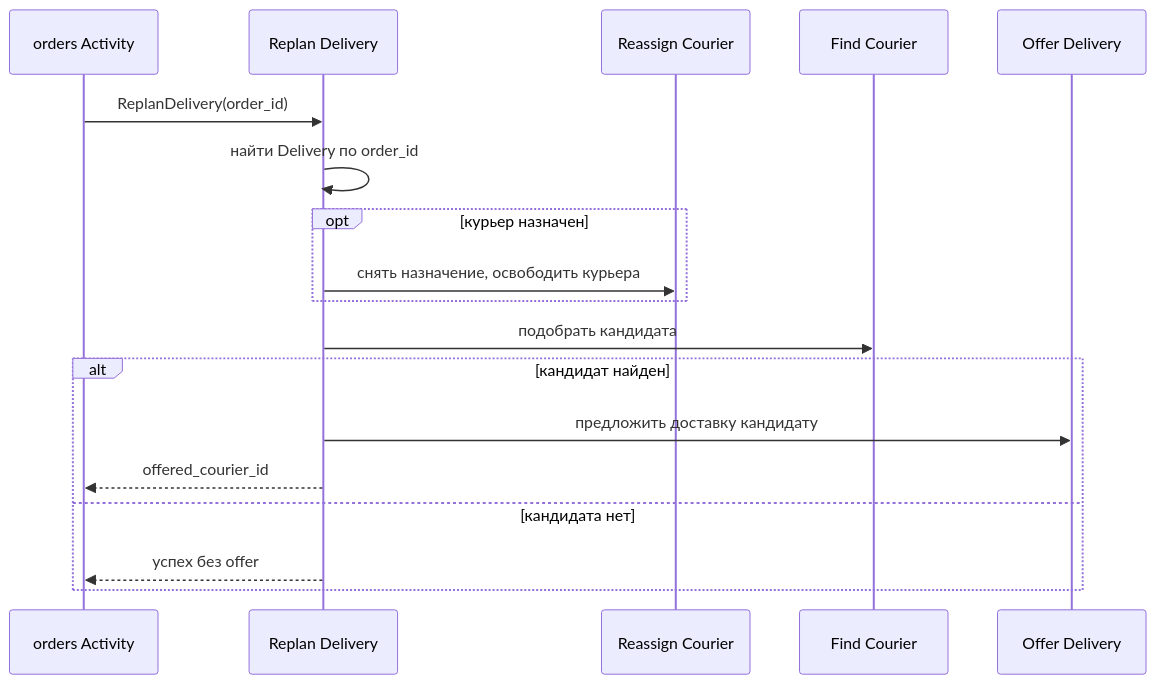
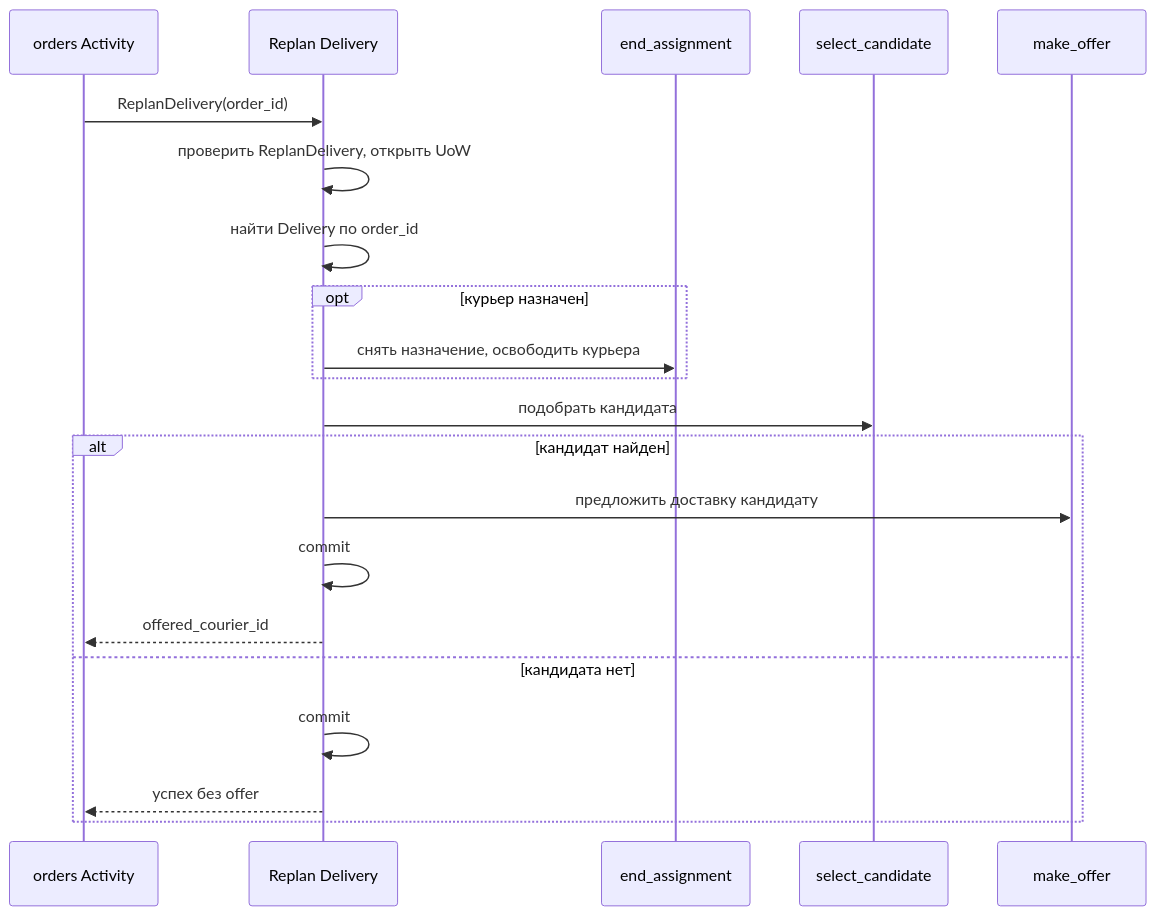
One commit to batazor/nomnom changed the diagram in boundaries/delivery/slices/delivery/applications/replan_delivery/README.md. Above: the diagram before and after it, drawn with Mermaid. The commit also changed other lines of this file and 18 other files, not shown here.

First line of the commit message:
refactor(delivery): replan through assignment services in one unit of work

````diff
--- a/boundaries/delivery/slices/delivery/applications/replan_delivery/README.md
+++ b/boundaries/delivery/slices/delivery/applications/replan_delivery/README.md
@@ -18,20 +18,23 @@
 ```mermaid
 sequenceDiagram
     participant Workflow as orders Activity
     participant App as Replan Delivery
-    participant Reassign as Reassign Courier
-    participant Find as Find Courier
-    participant Offer as Offer Delivery
+    participant Reassign as end_assignment
+    participant Find as select_candidate
+    participant Offer as make_offer
     Workflow->>App: ReplanDelivery(order_id)
+    App->>App: проверить ReplanDelivery, открыть UoW
     App->>App: найти Delivery по order_id
     opt курьер назначен
         App->>Reassign: снять назначение, освободить курьера
     end
     App->>Find: подобрать кандидата
     alt кандидат найден
         App->>Offer: предложить доставку кандидату
+        App->>App: commit
         App-->>Workflow: offered_courier_id
     else кандидата нет
+        App->>App: commit
         App-->>Workflow: успех без offer
     end
 ```
````
